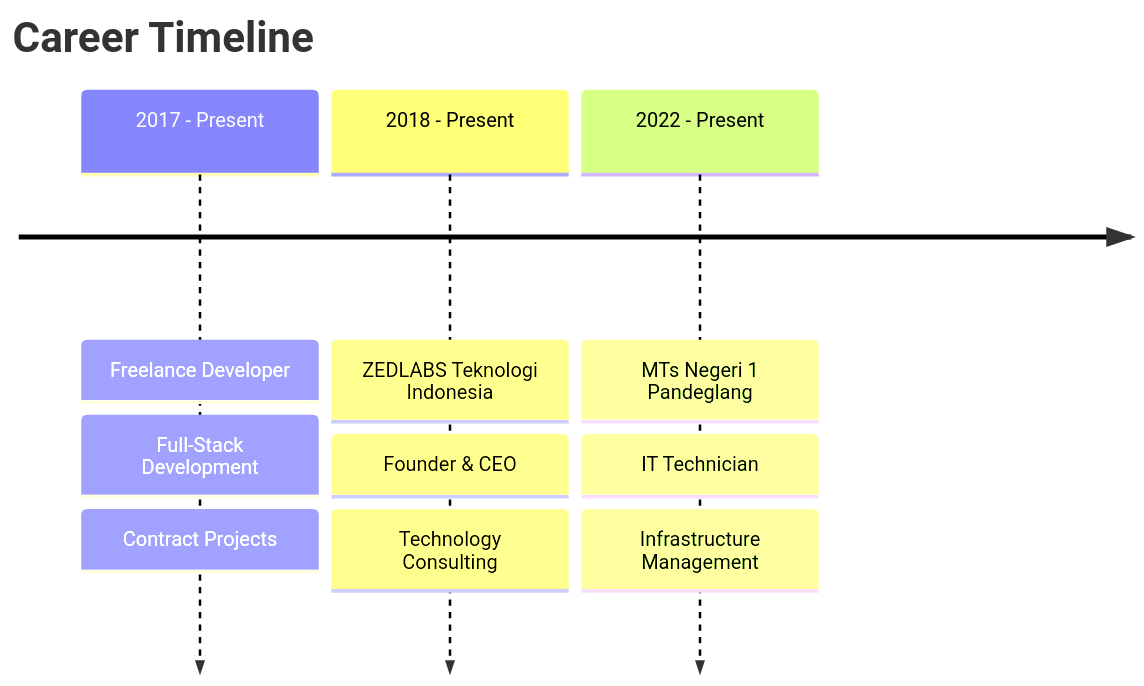
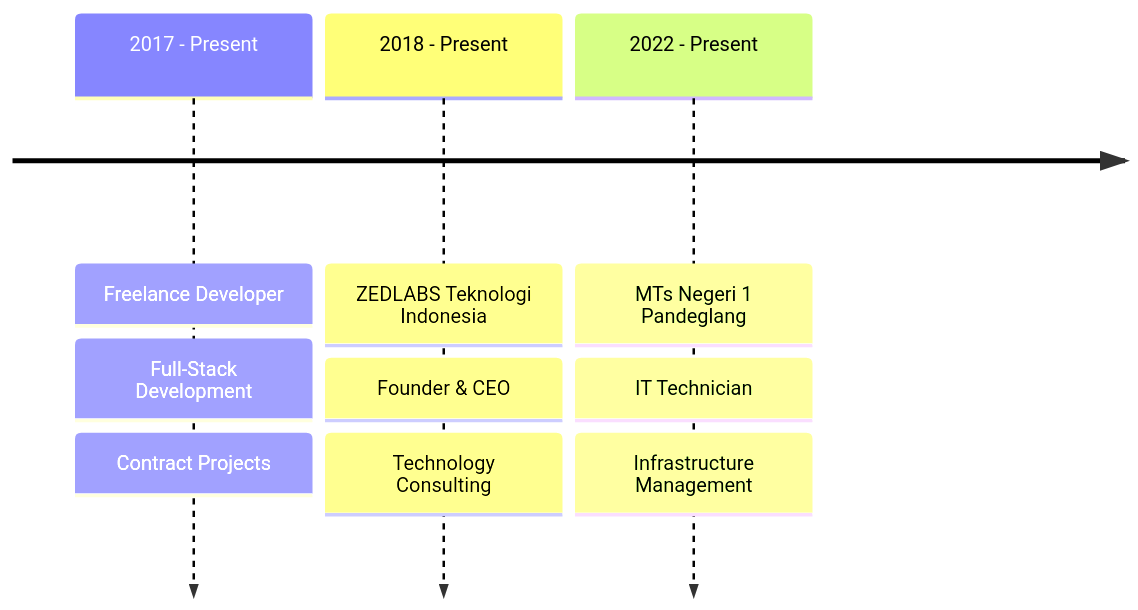
One commit to zulfikriyahya/zulfikriyahya changed the second of 2 diagrams in README.mdx. Above: the diagram before and after it, drawn with Mermaid. The commit also changed other lines of this file, not shown here.

````diff
--- a/README.mdx
+++ b/README.mdx
@@ -141,14 +173,13 @@
 ```mermaid
 timeline
-    title Career Timeline
     2017 - Present : Freelance Developer
                    : Full-Stack Development
                    : Contract Projects
     2018 - Present : ZEDLABS Teknologi Indonesia
                    : Founder & CEO
                    : Technology Consulting
     2022 - Present : MTs Negeri 1 Pandeglang
                    : IT Technician
                    : Infrastructure Management
 
 ```
````
